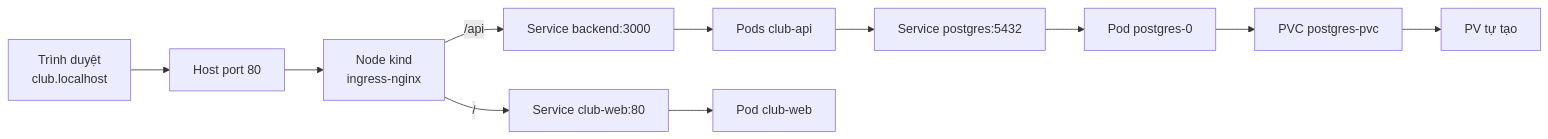
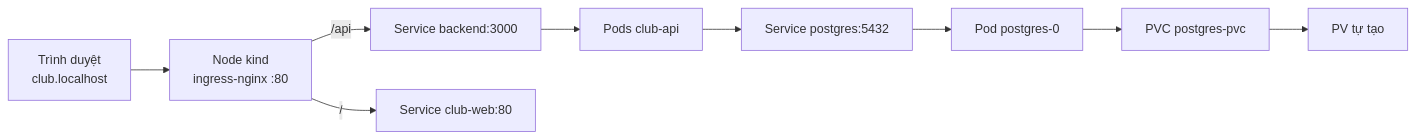
Before and after one commit to TienNHM/devops-course: the diagram in labs/week-14/session-27.md, drawn with Mermaid. The commit also changed other lines of this file and 266 other files, not shown here.

````diff
--- a/labs/week-14/session-27.md
+++ b/labs/week-14/session-27.md
@@ -98,13 +44,11 @@
 ```mermaid
 flowchart LR
-    B["Trình duyệt<br/>club.localhost"] --> H["Host port 80"]
-    H --> N["Node kind<br/>ingress-nginx"]
+    B["Trình duyệt<br/>club.localhost"] --> N["Node kind<br/>ingress-nginx :80"]
     N -->|"/api"| S1["Service backend:3000"]
     N -->|"/"| S2["Service club-web:80"]
     S1 --> P1["Pods club-api"]
-    S2 --> P2["Pod club-web"]
     P1 --> S3["Service postgres:5432"]
     S3 --> PG["Pod postgres-0"]
     PG --> PVC["PVC postgres-pvc"]
     PVC --> PV["PV tự tạo"]
 ```
````
